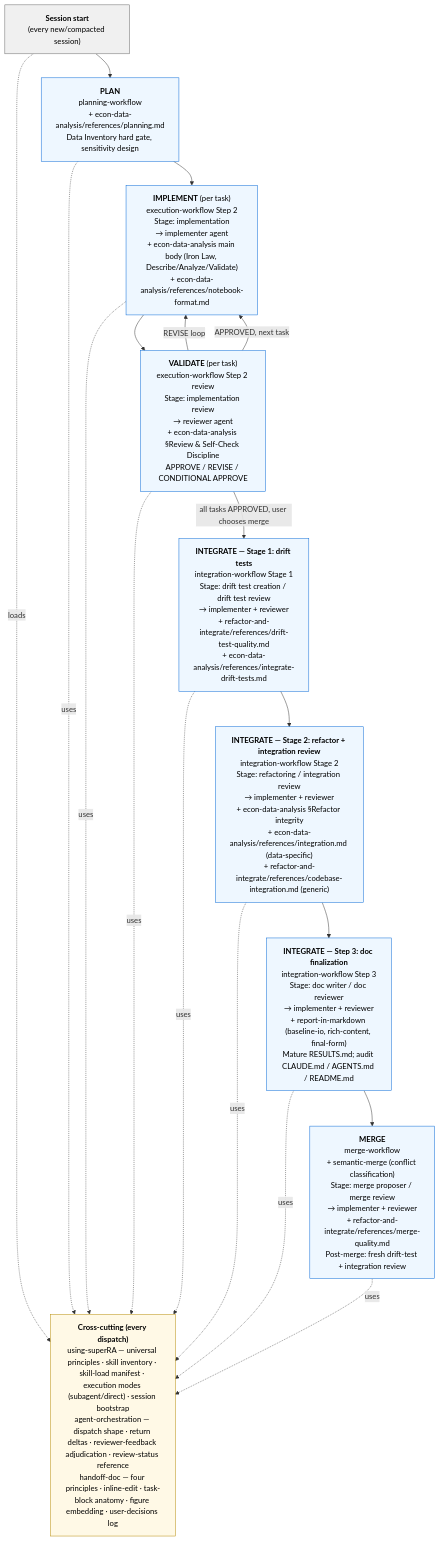
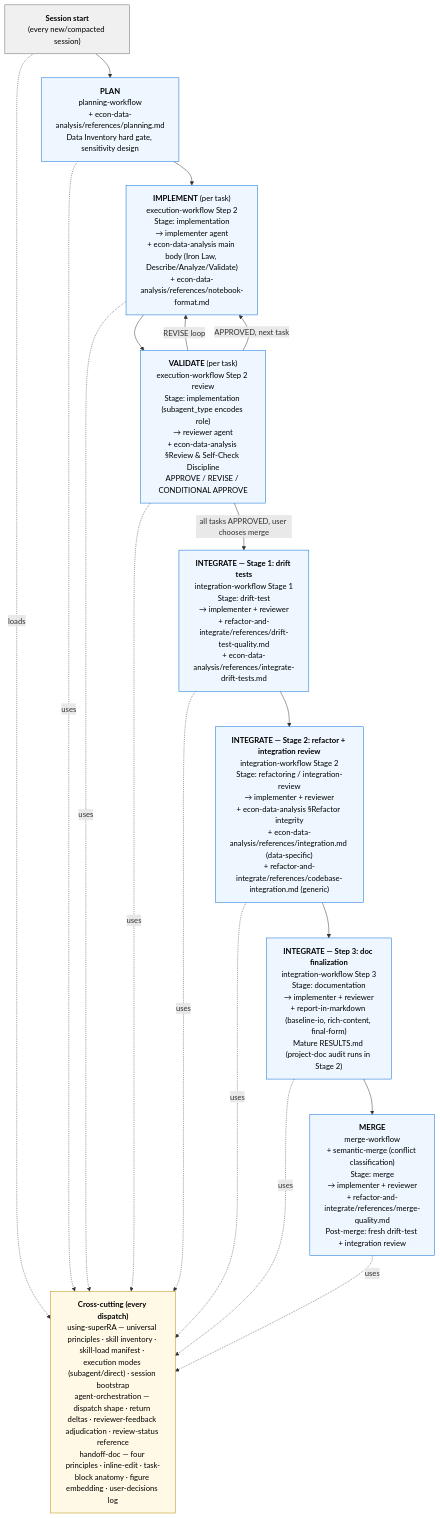
One commit to FuZhiyu/superRA changed the diagram in README.md. Above: the diagram before and after it, drawn with Mermaid. The commit also changed other lines of this file and 12 other files, not shown here.

First line of the commit message:
refactor: address Stage 2 integration review REVISE (11 findings)

````diff
--- a/README.md
+++ b/README.md
@@ -49,45 +49,45 @@
 ```mermaid
 flowchart TB
     SESSION["<b>Session start</b><br/>(every new/compacted session)"]
     SESSION --> PLAN
 
     PLAN["<b>PLAN</b><br/>planning-workflow<br/>+ econ-data-analysis/references/planning.md<br/>Data Inventory hard gate, sensitivity design"]
     PLAN --> IMPL
 
     IMPL["<b>IMPLEMENT</b> (per task)<br/>execution-workflow Step 2<br/>Stage: implementation<br/>→ implementer agent<br/>+ econ-data-analysis main body (Iron Law, Describe/Analyze/Validate)<br/>+ econ-data-analysis/references/notebook-format.md"]
     IMPL --> VAL
 
-    VAL["<b>VALIDATE</b> (per task)<br/>execution-workflow Step 2 review<br/>Stage: implementation review<br/>→ reviewer agent<br/>+ econ-data-analysis §Review &amp; Self-Check Discipline<br/>APPROVE / REVISE / CONDITIONAL APPROVE"]
+    VAL["<b>VALIDATE</b> (per task)<br/>execution-workflow Step 2 review<br/>Stage: implementation (subagent_type encodes role)<br/>→ reviewer agent<br/>+ econ-data-analysis §Review &amp; Self-Check Discipline<br/>APPROVE / REVISE / CONDITIONAL APPROVE"]
     VAL -->|REVISE loop| IMPL
     VAL -->|APPROVED, next task| IMPL
     VAL -->|all tasks APPROVED, user chooses merge| INT1
 
-    INT1["<b>INTEGRATE — Stage 1: drift tests</b><br/>integration-workflow Stage 1<br/>Stage: drift test creation / drift test review<br/>→ implementer + reviewer<br/>+ refactor-and-integrate/references/drift-test-quality.md<br/>+ econ-data-analysis/references/integrate-drift-tests.md"]
+    INT1["<b>INTEGRATE — Stage 1: drift tests</b><br/>integration-workflow Stage 1<br/>Stage: drift-test<br/>→ implementer + reviewer<br/>+ refactor-and-integrate/references/drift-test-quality.md<br/>+ econ-data-analysis/references/integrate-drift-tests.md"]
     INT1 --> INT2
 
-    INT2["<b>INTEGRATE — Stage 2: refactor + integration review</b><br/>integration-workflow Stage 2<br/>Stage: refactoring / integration review<br/>→ implementer + reviewer<br/>+ econ-data-analysis §Refactor integrity<br/>+ econ-data-analysis/references/integration.md (data-specific)<br/>+ refactor-and-integrate/references/codebase-integration.md (generic)"]
+    INT2["<b>INTEGRATE — Stage 2: refactor + integration review</b><br/>integration-workflow Stage 2<br/>Stage: refactoring / integration-review<br/>→ implementer + reviewer<br/>+ econ-data-analysis §Refactor integrity<br/>+ econ-data-analysis/references/integration.md (data-specific)<br/>+ refactor-and-integrate/references/codebase-integration.md (generic)"]
     INT2 --> INT3
 
-    INT3["<b>INTEGRATE — Step 3: doc finalization</b><br/>integration-workflow Step 3<br/>Stage: doc writer / doc reviewer<br/>→ implementer + reviewer<br/>+ report-in-markdown (baseline-io, rich-content, final-form)<br/>Mature RESULTS.md; audit CLAUDE.md / AGENTS.md / README.md"]
+    INT3["<b>INTEGRATE — Step 3: doc finalization</b><br/>integration-workflow Step 3<br/>Stage: documentation<br/>→ implementer + reviewer<br/>+ report-in-markdown (baseline-io, rich-content, final-form)<br/>Mature RESULTS.md (project-doc audit runs in Stage 2)"]
     INT3 --> MERGE
 
-    MERGE["<b>MERGE</b><br/>merge-workflow<br/>+ semantic-merge (conflict classification)<br/>Stage: merge proposer / merge review<br/>→ implementer + reviewer<br/>+ refactor-and-integrate/references/merge-quality.md<br/>Post-merge: fresh drift-test + integration review"]
+    MERGE["<b>MERGE</b><br/>merge-workflow<br/>+ semantic-merge (conflict classification)<br/>Stage: merge<br/>→ implementer + reviewer<br/>+ refactor-and-integrate/references/merge-quality.md<br/>Post-merge: fresh drift-test + integration review"]
 
     CROSS["<b>Cross-cutting (every dispatch)</b><br/>using-superRA — universal principles · skill inventory · skill-load manifest · execution modes (subagent/direct) · session bootstrap<br/>agent-orchestration — dispatch shape · return deltas · reviewer-feedback adjudication · review-status reference<br/>handoff-doc — four principles · inline-edit · task-block anatomy · figure embedding · user-decisions log"]
 
     SESSION -.loads.-> CROSS
     PLAN -.uses.-> CROSS
     IMPL -.uses.-> CROSS
     VAL -.uses.-> CROSS
     INT1 -.uses.-> CROSS
     INT2 -.uses.-> CROSS
     INT3 -.uses.-> CROSS
     MERGE -.uses.-> CROSS
 
     classDef phase fill:#eef7ff,stroke:#0366d6,stroke-width:1px,color:#000
     classDef cross fill:#fff9e6,stroke:#b58900,stroke-width:1px,color:#000
     classDef session fill:#f0f0f0,stroke:#666,color:#000
     class PLAN,IMPL,VAL,INT1,INT2,INT3,MERGE phase
     class CROSS cross
     class SESSION session
 ```
````
